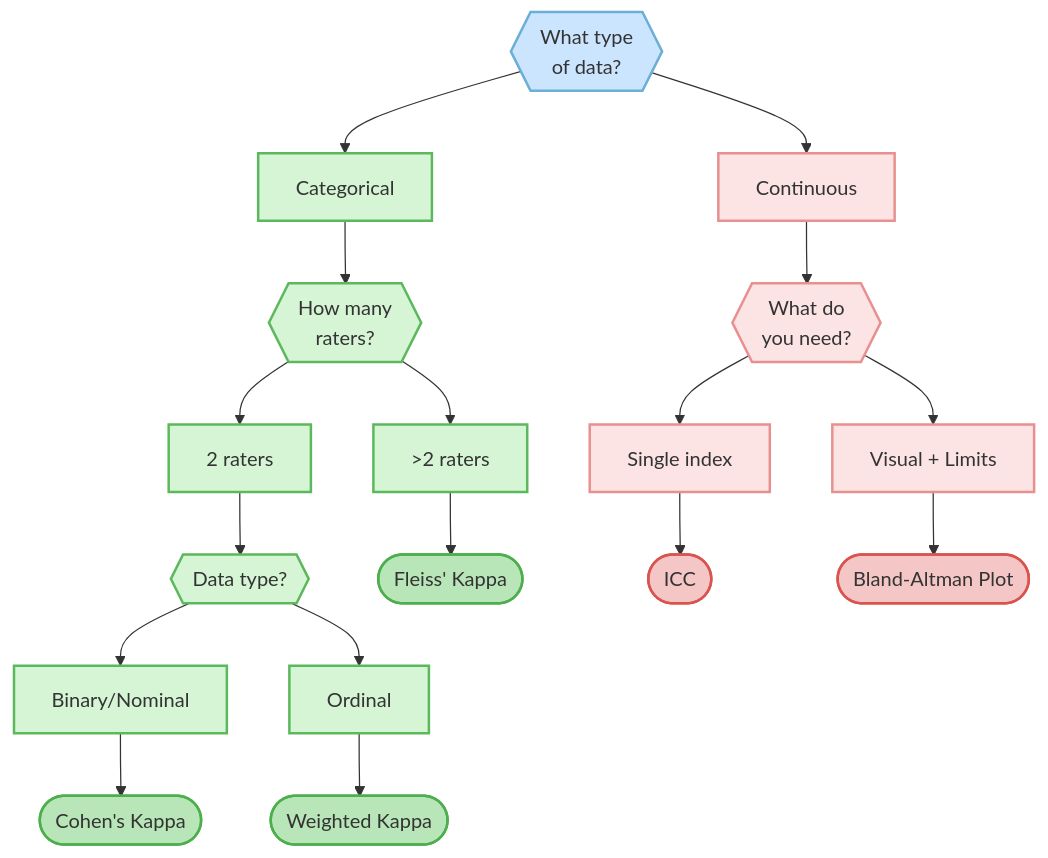
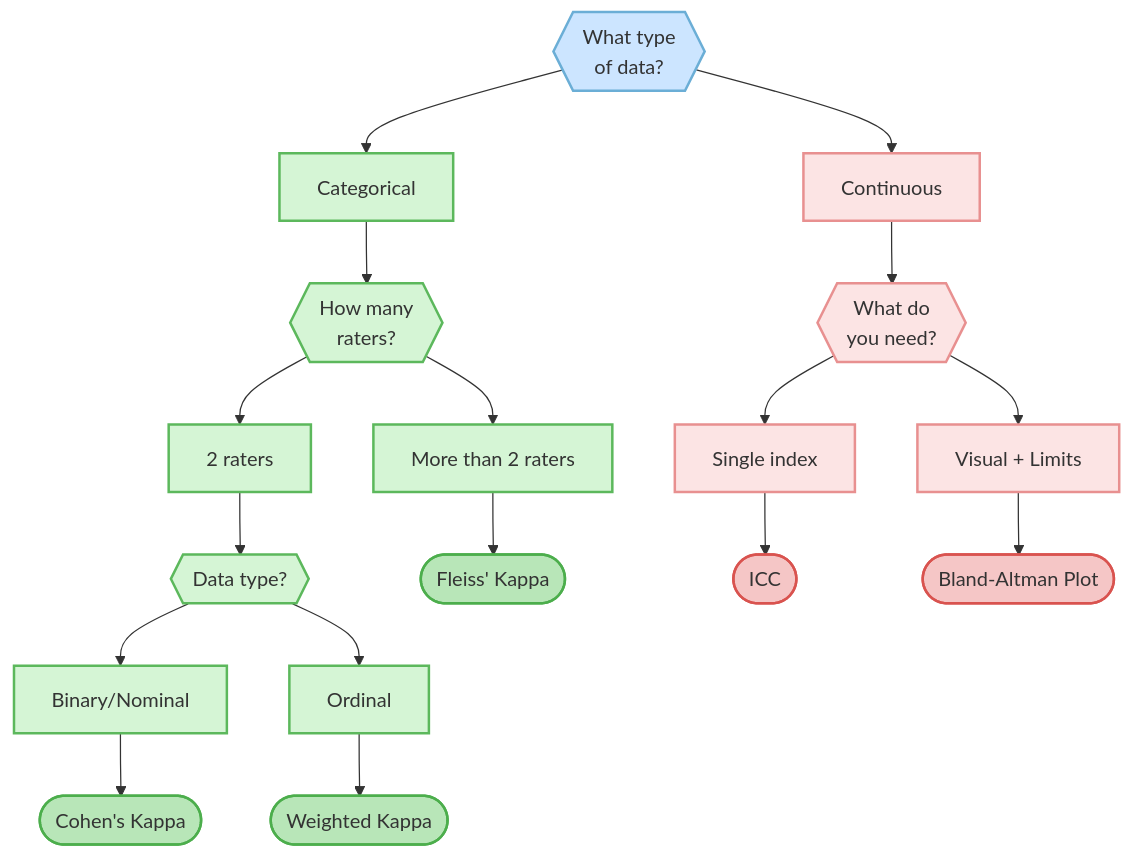
One commit to EricFu1120/EricFu1120.github.io changed the diagram in _posts/2026-01-10-which-agreement-method.md. Above: the diagram before and after it, drawn with Mermaid. The commit also changed other lines of this file, not shown here.

Commit message:
fix table and flowchart

````diff
--- a/_posts/2026-01-10-which-agreement-method.md
+++ b/_posts/2026-01-10-which-agreement-method.md
@@ -30,38 +32,38 @@
 ```mermaid
 flowchart TB
-    A{{"What type<br/>of data?"}}
+    A{{"What type<br>of data?"}}
     A --> B["Categorical"]
     A --> C["Continuous"]
     
-    B --> D{{"How many<br/>raters?"}}
+    B --> D{{"How many<br>raters?"}}
     D --> E["2 raters"]
-    D --> F[">2 raters"]
+    D --> F["More than 2 raters"]
     
     E --> G{{"Data type?"}}
     G --> H["Binary/Nominal"]
     G --> I["Ordinal"]
     
     H --> J(["Cohen's Kappa"])
     I --> K(["Weighted Kappa"])
     F --> L(["Fleiss' Kappa"])
     
-    C --> M{{"What do<br/>you need?"}}
+    C --> M{{"What do<br>you need?"}}
     M --> N["Single index"]
     M --> O["Visual + Limits"]
     
     N --> P(["ICC"])
     O --> Q(["Bland-Altman Plot"])
     
     %% Styling
     classDef decision fill:#cce5ff,stroke:#6baed6,stroke-width:2px
     classDef catNode fill:#d5f5d5,stroke:#5cb85c,stroke-width:2px
     classDef catMethod fill:#b8e6b8,stroke:#4cae4c,stroke-width:2px
     classDef contNode fill:#fce4e4,stroke:#e89090,stroke-width:2px
     classDef contMethod fill:#f5c6c6,stroke:#d9534f,stroke-width:2px
     
     class A decision
     class B,D,E,F,G,H,I catNode
     class J,K,L catMethod
     class C,M,N,O contNode
     class P,Q contMethod
 ```
````
